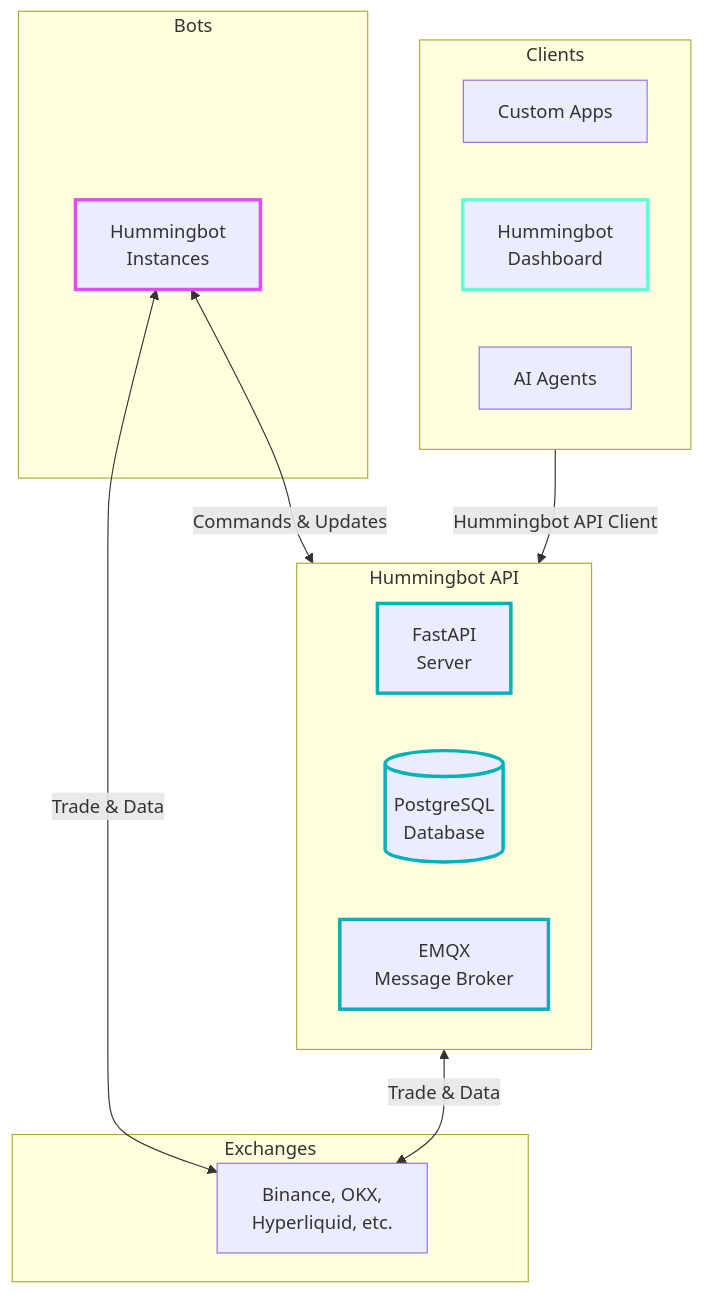
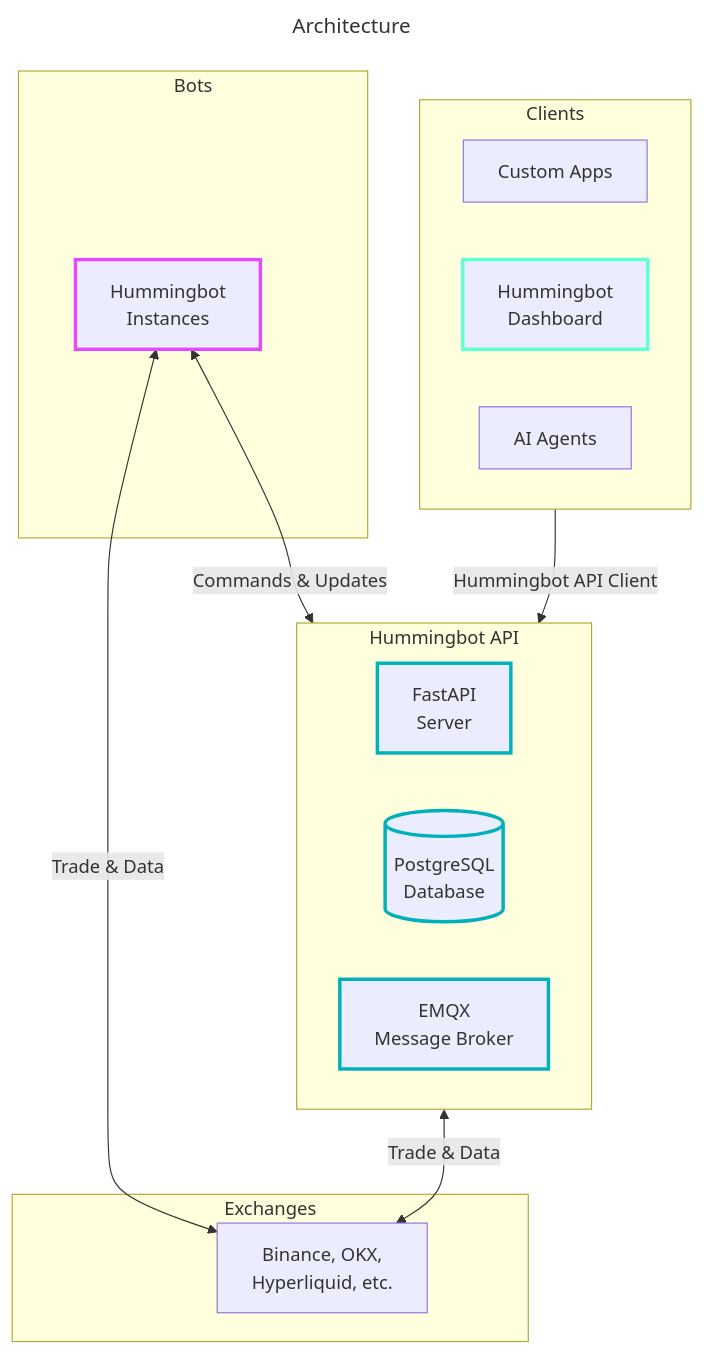
The diagram in hummingbot.md (doubility-sky/daydayup), drawn with Mermaid before and after one commit. The commit also changed other lines of this file, not shown here.

````diff
--- a/hummingbot.md
+++ b/hummingbot.md
@@ -54,43 +52,46 @@
 ```mermaid
+---
+title: Architecture
+---
 graph TB
     subgraph "Clients"
         direction LR
         CUSTOM[Custom Apps]
         DASH[Hummingbot<br/>Dashboard]
         AI[AI Agents]
     end
     
     subgraph "Hummingbot API"
         direction LR
         API["FastAPI<br/>Server<br/>"]
         PG[(PostgreSQL<br/>Database)]
         MQTT[EMQX<br/>Message Broker]
     end
     
     subgraph "Bots"
         BOTS[Hummingbot<br/>Instances]
     end
     
     subgraph "Exchanges"
         EX[Binance, OKX,<br/>Hyperliquid, etc.]
     end
     
     %% Client connections using API Client
     DASH -->|Hummingbot API Client| API
         
     %% Bot connections
     BOTS <-->|Commands & Updates| MQTT
     
     %% Exchange connections
     BOTS <-->|Trade & Data| EX
     API <-->|Trade & Data| EX
     
     %% Apply theme colors
     classDef clientStyle stroke:#5FFFD7,stroke-width:3px
     classDef apiStyle stroke:#00B1BB,stroke-width:3px
     classDef botsStyle stroke:#E549FF,stroke-width:3px
     
     class DASH clientStyle
     class API,PG,MQTT apiStyle
     class BOTS botsStyle
 ```
````
